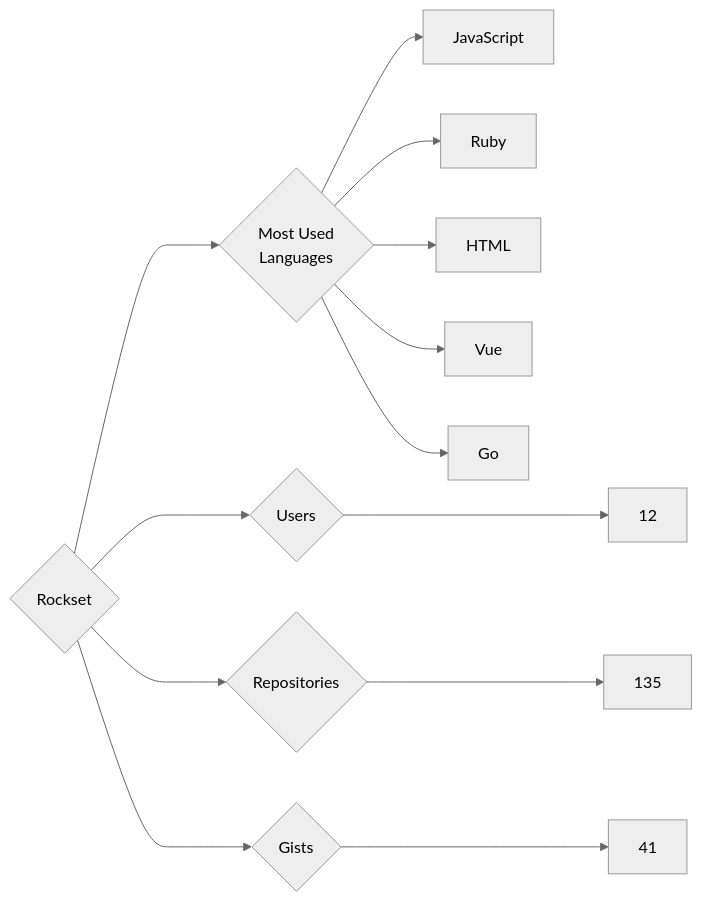
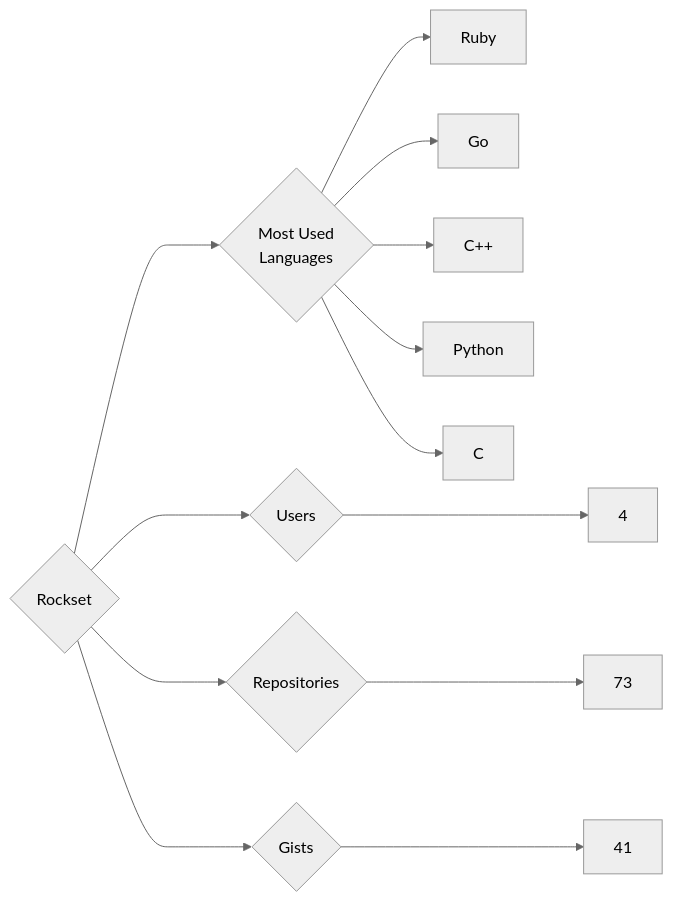
One commit to trickest/insiders changed the diagram in targets/Rockset/README.md. Above: the diagram before and after it, drawn with Mermaid (neutral theme). The commit also changed 682 other files, not shown here.

````diff
--- a/targets/Rockset/README.md
+++ b/targets/Rockset/README.md
@@ -3,13 +3,13 @@
 ```mermaid
 graph LR
 COMPANY_NAME{Rockset}
-COMPANY_NAME ---> U{Users} ---> UN[12]
-COMPANY_NAME ---> R{Repositories} ---> RN[135]
+COMPANY_NAME ---> U{Users} ---> UN[4]
+COMPANY_NAME ---> R{Repositories} ---> RN[73]
 COMPANY_NAME ---> G{Gists} ---> GN[41]
 COMPANY_NAME ---> ML{Most Used<br>Languages}
-ML --> JavaScript[JavaScript]
 ML --> Ruby[Ruby]
-ML --> HTML[HTML]
-ML --> Vue[Vue]
 ML --> Go[Go]
+ML --> C++[C++]
+ML --> Python[Python]
+ML --> C[C]
 ```
````
